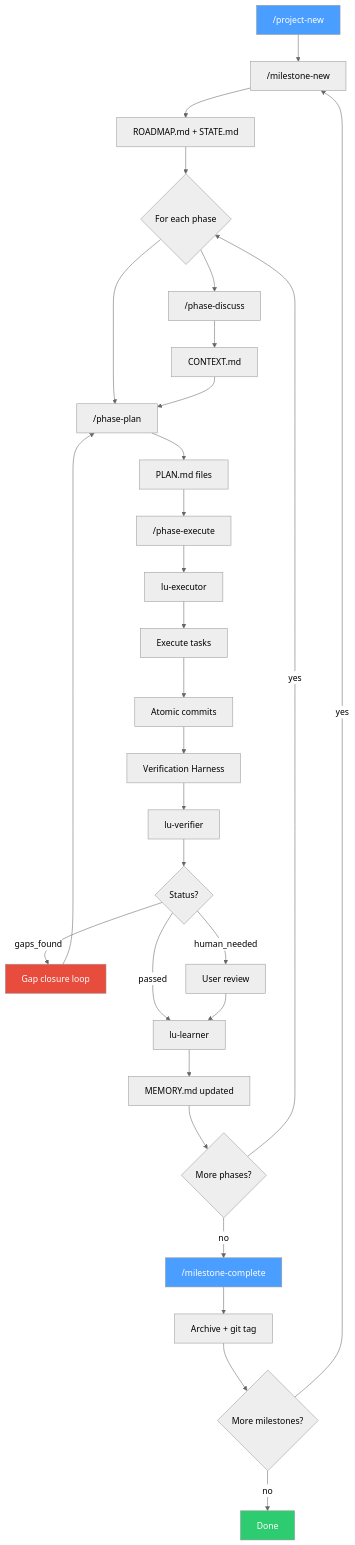
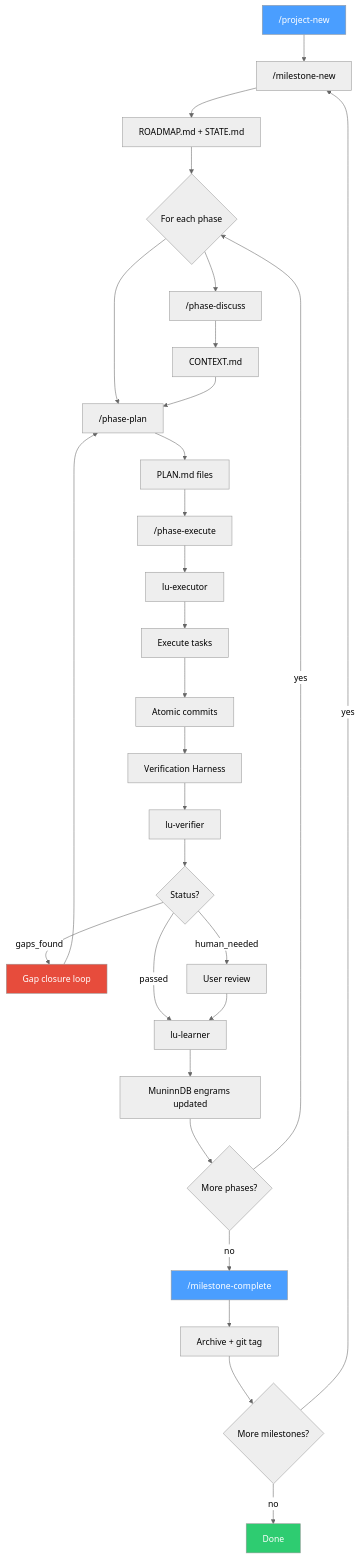
The diagram in docs/diagrams/workflow-overview.md (asibilia/luca-framework), drawn with Mermaid (neutral theme) before and after one commit. The commit also changed other lines of this file and 820 other files, not shown here.

````diff
--- a/docs/diagrams/workflow-overview.md
+++ b/docs/diagrams/workflow-overview.md
@@ -5,44 +5,44 @@
 ```mermaid
 flowchart TD
     A["/project-new"] --> B["/milestone-new"]
     B --> C["ROADMAP.md + STATE.md"]
     C --> D{For each phase}
 
     D --> E["/phase-discuss"]
     E --> F["CONTEXT.md"]
 
     D --> G["/phase-plan"]
     F --> G
     G --> H["PLAN.md files"]
 
     H --> I["/phase-execute"]
     I --> J["lu-executor"]
     J --> K["Execute tasks"]
     K --> L["Atomic commits"]
 
     L --> M["Verification Harness"]
     M --> N["lu-verifier"]
     N --> O{Status?}
 
     O -->|passed| P["lu-learner"]
     O -->|gaps_found| Q["Gap closure loop"]
     O -->|human_needed| R["User review"]
 
     Q --> G
     R --> P
 
-    P --> S["MEMORY.md updated"]
+    P --> S["MuninnDB engrams updated"]
     S --> T{More phases?}
 
     T -->|yes| D
     T -->|no| U["/milestone-complete"]
     U --> V["Archive + git tag"]
     V --> W{More milestones?}
     W -->|yes| B
     W -->|no| X["Done"]
 
     style A fill:#4a9eff,color:#fff
     style U fill:#4a9eff,color:#fff
     style X fill:#2ecc71,color:#fff
     style Q fill:#e74c3c,color:#fff
 ```
````
